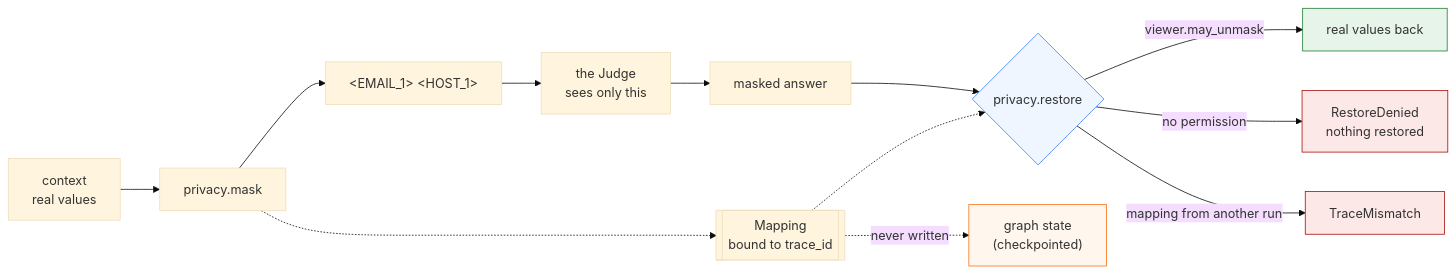
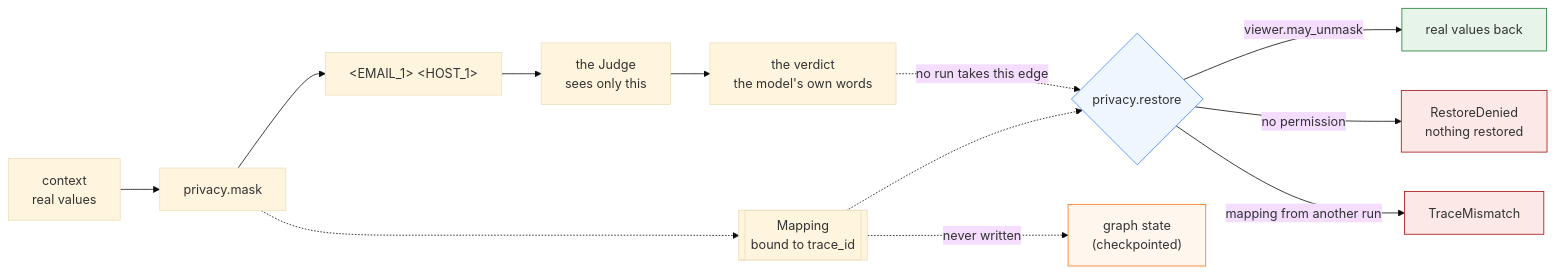
One commit to qaz1996001/agent-control-plane changed the third of 4 diagrams in docs/design.md. Above: the diagram before and after it, drawn with Mermaid (base theme). The commit also changed other lines of this file and 6 other files, not shown here.

````diff
--- a/docs/design.md
+++ b/docs/design.md
@@ -118,22 +118,22 @@
 ```mermaid
 flowchart LR
     C["context<br/>real values"] --> M["privacy.mask"]
     M --> P["&lt;EMAIL_1&gt; &lt;HOST_1&gt;"]
     M -.-> MAP[["Mapping<br/>bound to trace_id"]]
     P --> J["the Judge<br/>sees only this"]
-    J --> R["masked answer"]
+    J --> R["the verdict<br/>the model's own words"]
 
-    R --> RS{"privacy.restore"}
+    R -.->|"no run takes this edge"| RS{"privacy.restore"}
     MAP -.-> RS
     RS -->|"viewer.may_unmask"| OK["real values back"]
     RS -->|"no permission"| D1["RestoreDenied<br/>nothing restored"]
     RS -->|"mapping from another run"| D2["TraceMismatch"]
 
     MAP -.->|"never written"| ST["graph state<br/>(checkpointed)"]
 
     style D1 fill:#fce8e6,stroke:#a50e0e
     style D2 fill:#fce8e6,stroke:#a50e0e
     style OK fill:#e6f4ea,stroke:#1e7e34
     style RS fill:#eff6ff,stroke:#3b82f6
     style ST fill:#fff7ed,stroke:#f97316
 ```
````
